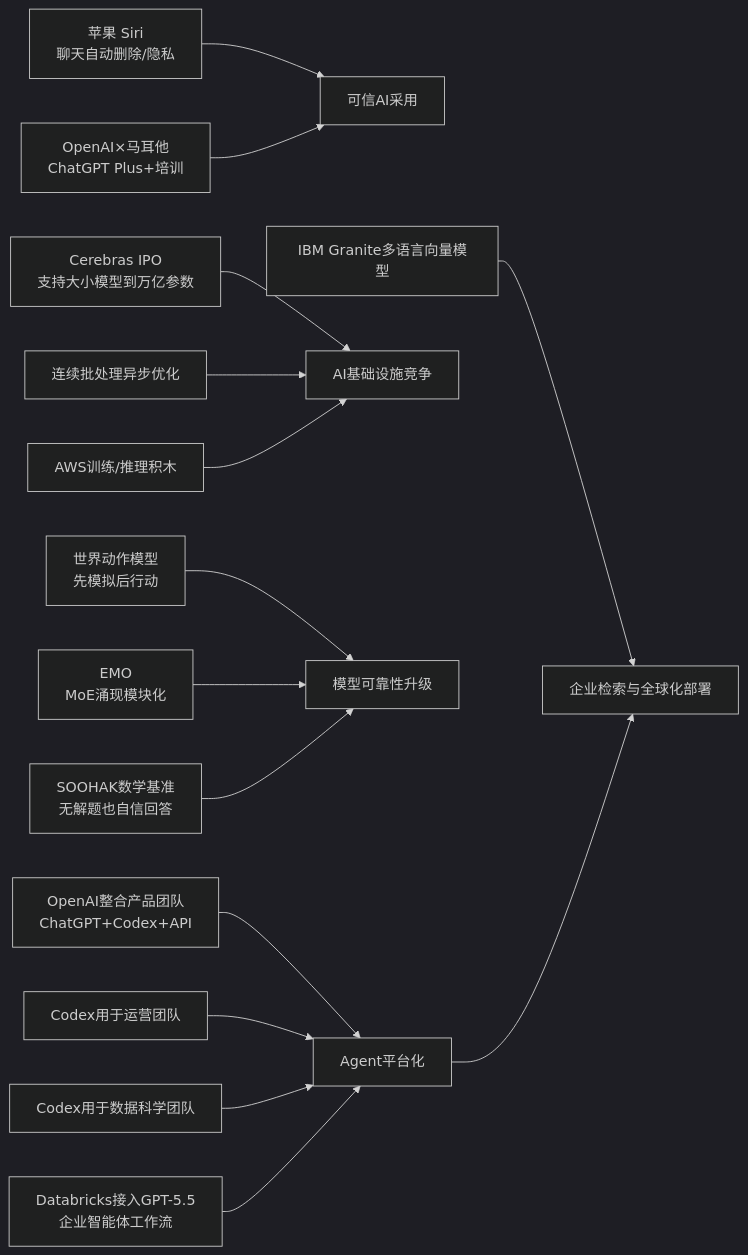
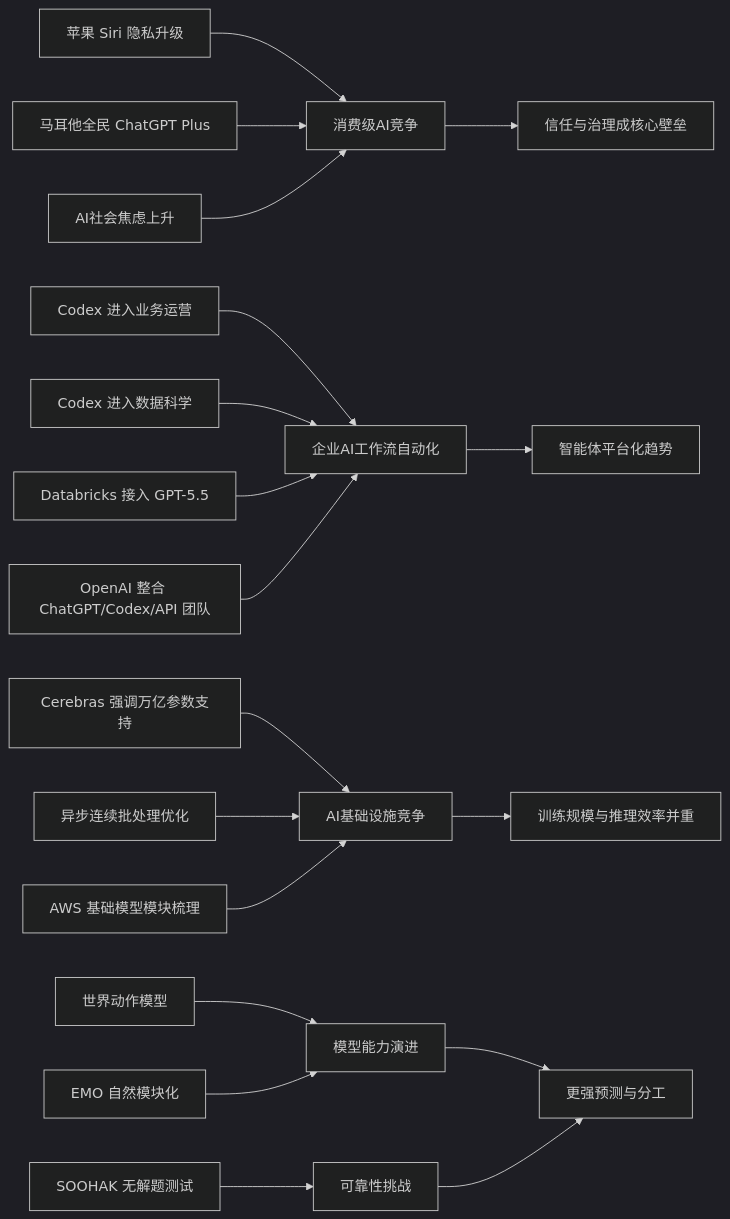
One commit to zhuxinfei/ai-daily-site changed the diagram in content/cn/2026/2026-05/2026-05-18.md. Above: the diagram before and after it, drawn with Mermaid (dark theme). The commit also changed other lines of this file, not shown here.

````diff
--- a/content/cn/2026/2026-05/2026-05-18.md
+++ b/content/cn/2026/2026-05/2026-05-18.md
@@ -110,21 +106,34 @@
 ```mermaid
 graph LR
-    A[苹果 Siri\n聊天自动删除/隐私] --> B[可信AI采用]
-    C[OpenAI×马耳他\nChatGPT Plus+培训] --> B
+    A[苹果 Siri 隐私升级] --> B[消费级AI竞争]
+    J[马耳他全民 ChatGPT Plus] --> B
+    K[AI社会焦虑上升] --> B
+    B --> C[信任与治理成核心壁垒]
 
-    D[OpenAI整合产品团队\nChatGPT+Codex+API] --> E[Agent平台化]
-    F[Codex用于运营团队] --> E
-    G[Codex用于数据科学团队] --> E
-    H[Databricks接入GPT-5.5\n企业智能体工作流] --> E
+    D[Codex 进入业务运营]
+    E[Codex 进入数据科学]
+    F[Databricks 接入 GPT-5.5]
+    G[OpenAI 整合 ChatGPT/Codex/API 团队]
+    D --> H[企业AI工作流自动化]
+    E --> H
+    F --> H
+    G --> H
+    H --> I[智能体平台化趋势]
 
-    I[Cerebras IPO\n支持大小模型到万亿参数] --> J[AI基础设施竞争]
-    K[连续批处理异步优化] --> J
-    L[AWS训练/推理积木] --> J
+    L[Cerebras 强调万亿参数支持]
+    M[异步连续批处理优化]
+    N[AWS 基础模型模块梳理]
+    L --> O[AI基础设施竞争]
+    M --> O
+    N --> O
+    O --> P[训练规模与推理效率并重]
 
-    M[世界动作模型\n先模拟后行动] --> N[模型可靠性升级]
-    O[EMO\nMoE涌现模块化] --> N
-    P[SOOHAK数学基准\n无解题也自信回答] --> N
-
-    Q[IBM Granite多语言向量模型] --> R[企业检索与全球化部署]
-    E --> R
+    Q[世界动作模型]
+    R[EMO 自然模块化]
+    S[SOOHAK 无解题测试]
+    Q --> T[模型能力演进]
+    R --> T
+    S --> U[可靠性挑战]
+    T --> V[更强预测与分工]
+    U --> V
 ```
````
